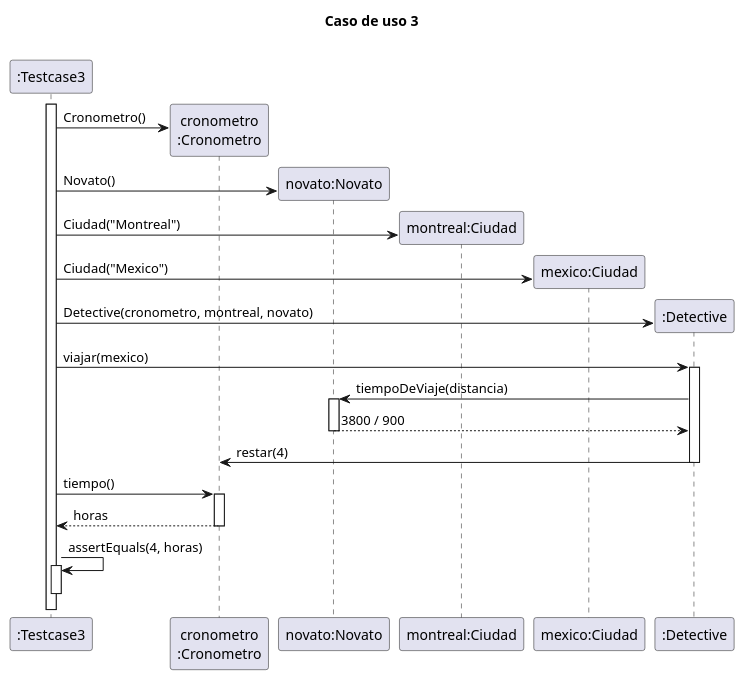
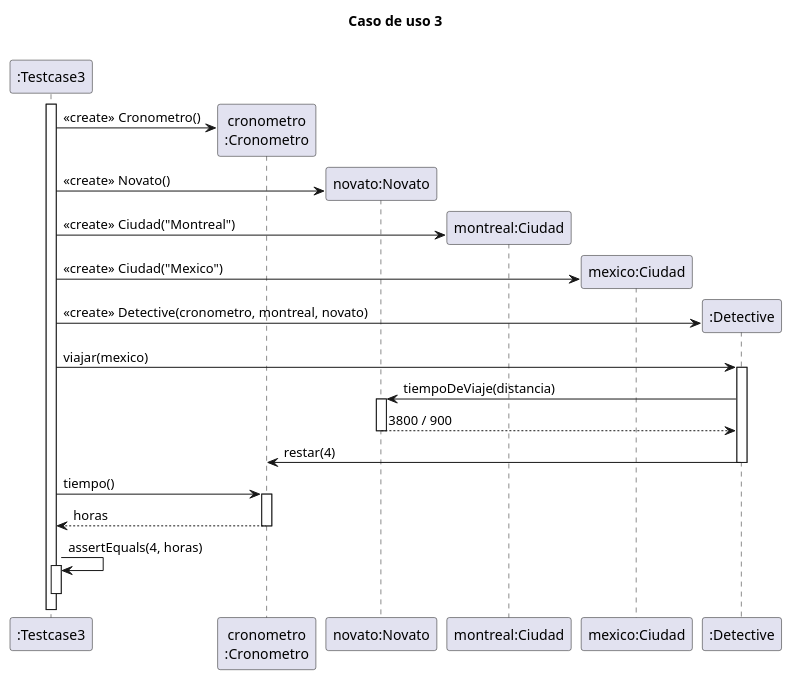
Before and after one commit to MegaRedHand/algo-thief: the diagram in diagrams/sequences/secuencia_testcase03.plantuml, drawn with PlantUML. The commit also changed 9 other files, not shown here.

Commit message:
docs: agrego <<create>> a los diagramas de secuencia

```diff
--- a/diagrams/sequences/secuencia_testcase03.plantuml
+++ b/diagrams/sequences/secuencia_testcase03.plantuml
@@ -1,40 +1,40 @@
 @startuml
 
 title "Caso de uso 3"
 
 participant ":Testcase3" as testcase
 participant "cronometro\n:Cronometro" as cron
 participant "novato:Novato" as novato
 participant "montreal:Ciudad" as montreal
 participant "mexico:Ciudad" as mexico
 participant ":Detective" as detective
 
 activate testcase
 create cron
-testcase -> cron: Cronometro()
+testcase -> cron: <<create>> Cronometro()
 create novato
-testcase -> novato: Novato()
+testcase -> novato: <<create>> Novato()
 create montreal
-testcase -> montreal: Ciudad("Montreal")
+testcase -> montreal: <<create>> Ciudad("Montreal")
 create mexico
-testcase -> mexico: Ciudad("Mexico")
+testcase -> mexico: <<create>> Ciudad("Mexico")
 create detective
-testcase -> detective: Detective(cronometro, montreal, novato)
+testcase -> detective: <<create>> Detective(cronometro, montreal, novato)
 
 testcase -> detective: viajar(mexico)
     activate detective
     detective -> novato: tiempoDeViaje(distancia)
         activate novato
         return 3800 / 900
     detective -> cron: restar(4)
     deactivate detective
 
 testcase -> cron: tiempo()
     activate cron
     return horas
 
 testcase -> testcase: assertEquals(4, horas)
 activate testcase
 deactivate testcase
 
 @enduml
```
